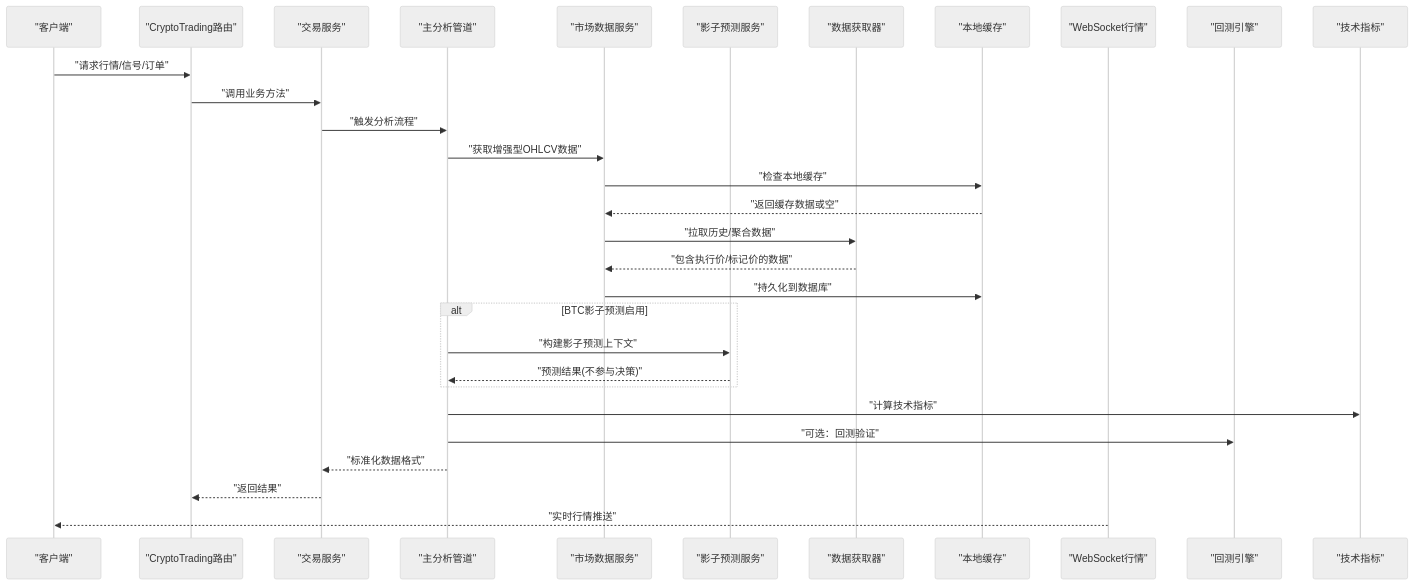
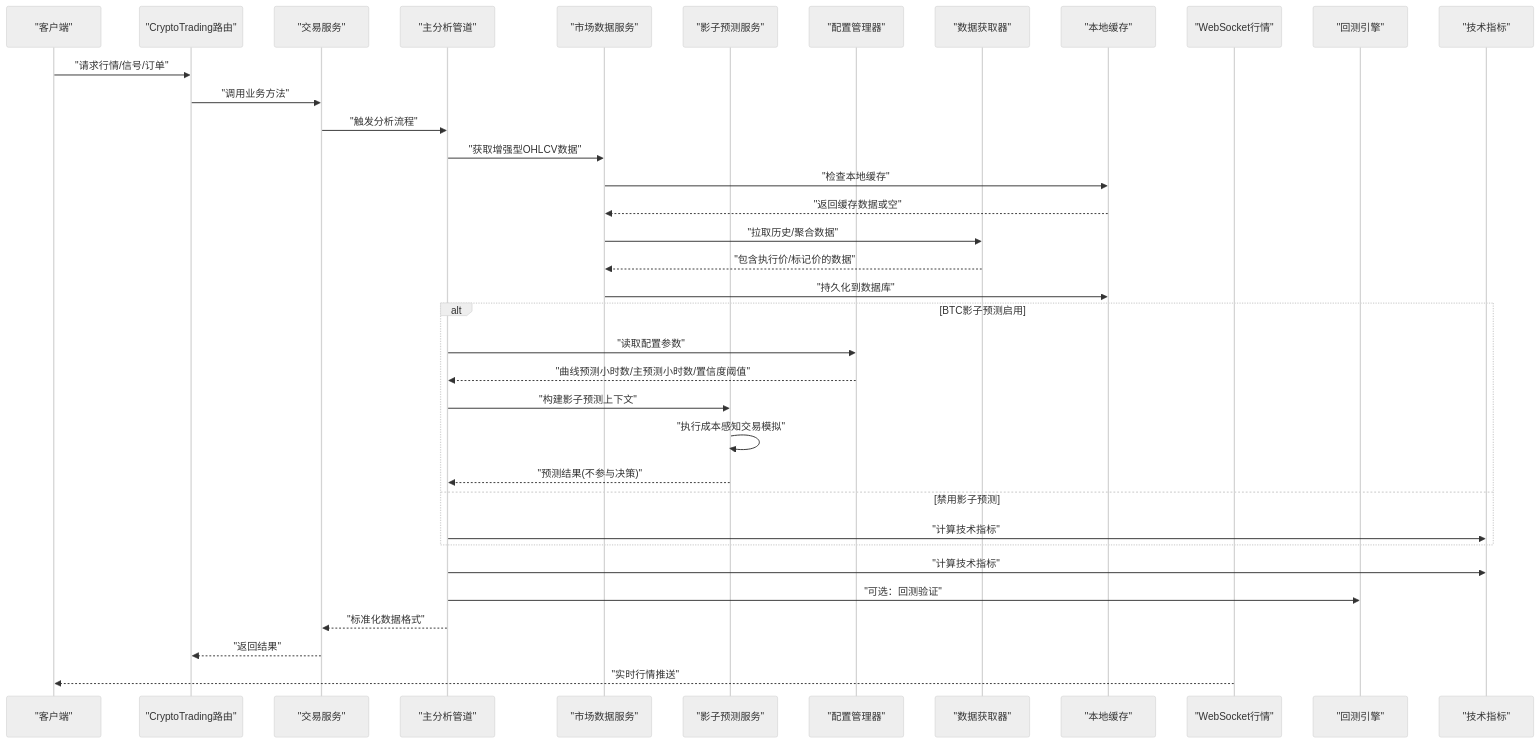
The second of 15 diagrams in .qoder/repowiki/zh/content/API参考文档/加密货币交易API.md (anYaoooo/daily_stock_analysis), drawn with Mermaid (neutral theme) before and after one commit. The commit also changed other lines of this file and 39 other files, not shown here.

````diff
--- a/.qoder/repowiki/zh/content/API参考文档/加密货币交易API.md
+++ b/.qoder/repowiki/zh/content/API参考文档/加密货币交易API.md
@@ -124,32 +130,38 @@
 ```mermaid
 sequenceDiagram
 participant Client as "客户端"
 participant API as "CryptoTrading路由"
 participant Service as "交易服务"
 participant Pipeline as "主分析管道"
 participant MarketSvc as "市场数据服务"
 participant ShadowSvc as "影子预测服务"
+participant Config as "配置管理器"
 participant Fetcher as "数据获取器"
 participant Cache as "本地缓存"
 participant WS as "WebSocket行情"
 participant Engine as "回测引擎"
 participant Tech as "技术指标"
 Client->>API : "请求行情/信号/订单"
 API->>Service : "调用业务方法"
 Service->>Pipeline : "触发分析流程"
 Pipeline->>MarketSvc : "获取增强型OHLCV数据"
 MarketSvc->>Cache : "检查本地缓存"
 Cache -->> MarketSvc : "返回缓存数据或空"
 MarketSvc->>Fetcher : "拉取历史/聚合数据"
 Fetcher-->>MarketSvc : "包含执行价/标记价的数据"
 MarketSvc->>Cache : "持久化到数据库"
 alt BTC影子预测启用
+Pipeline->>Config : "读取配置参数"
+Config-->>Pipeline : "曲线预测小时数/主预测小时数/置信度阈值"
 Pipeline->>ShadowSvc : "构建影子预测上下文"
+ShadowSvc->>ShadowSvc : "执行成本感知交易模拟"
 ShadowSvc-->>Pipeline : "预测结果(不参与决策)"
+else 禁用影子预测
+Pipeline->>Tech : "计算技术指标"
 end
 Pipeline->>Tech : "计算技术指标"
 Pipeline->>Engine : "可选：回测验证"
 Pipeline-->>Service : "标准化数据格式"
 Service-->>API : "返回结果"
 WS-->>Client : "实时行情推送"
 ```
````
